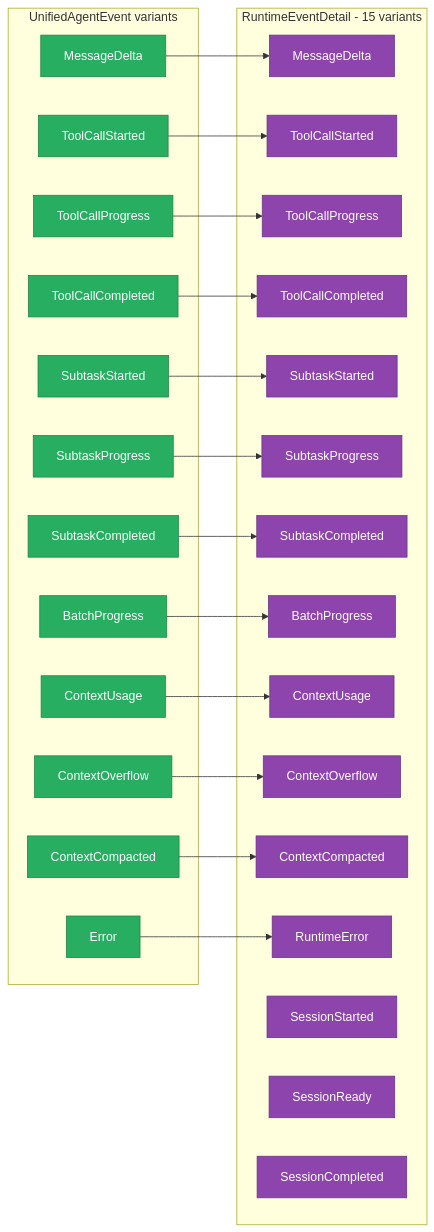
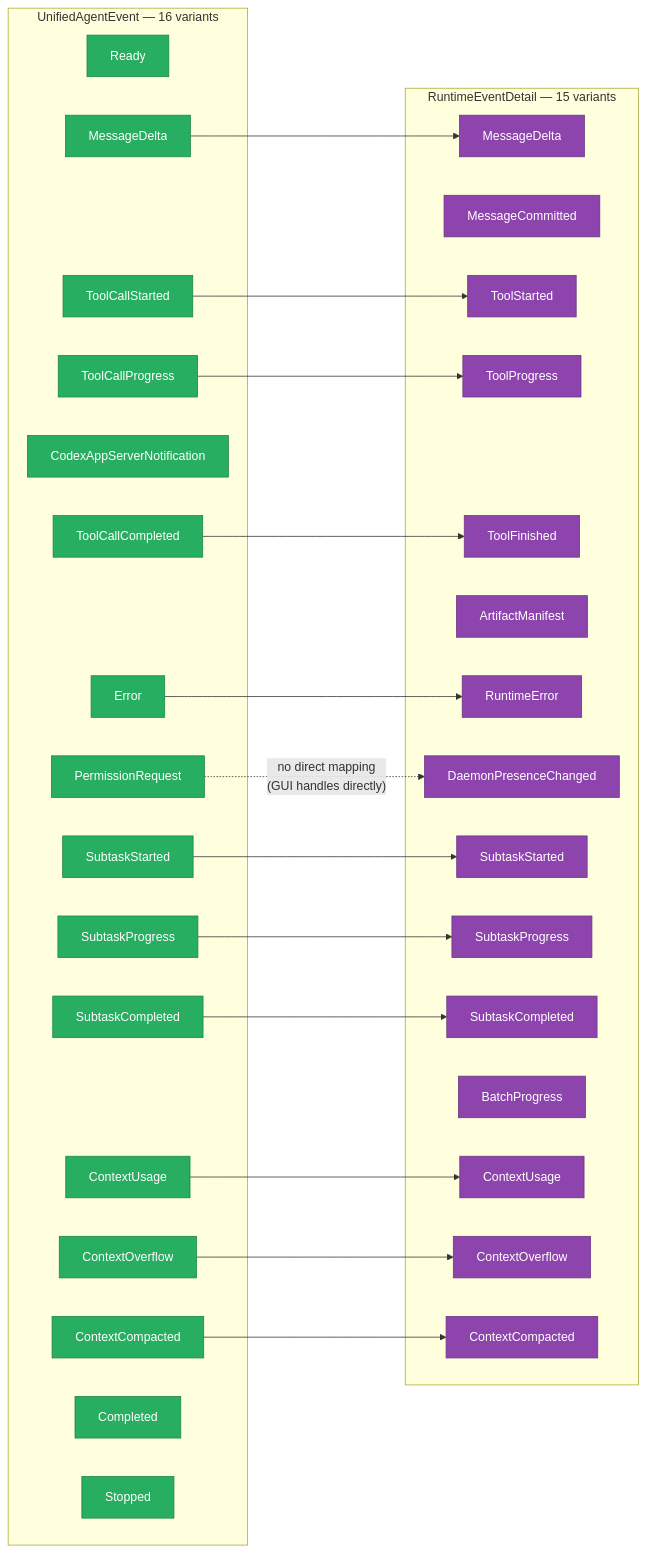
One commit to yanzhi0922/remote-code-rust changed the diagram in docs/event-mapping.mmd. Above: the diagram before and after it, drawn with Mermaid. The commit also changed 5 other files, not shown here.

Commit message:
docs: refresh remote architecture plans

````diff
--- a/docs/event-mapping.mmd
+++ b/docs/event-mapping.mmd
@@ -1,54 +1,59 @@
 ```mermaid
 graph LR
-    subgraph Unified["UnifiedAgentEvent variants"]
+    subgraph Unified["UnifiedAgentEvent — 16 variants"]
+        U0[Ready]
         U1[MessageDelta]
         U2[ToolCallStarted]
         U3[ToolCallProgress]
+        U3b[CodexAppServerNotification]
         U4[ToolCallCompleted]
-        U5[SubtaskStarted]
-        U6[SubtaskProgress]
-        U7[SubtaskCompleted]
-        U8[BatchProgress]
+        U5[PermissionRequest]
+        U6[SubtaskStarted]
+        U7[SubtaskProgress]
+        U8[SubtaskCompleted]
         U9[ContextUsage]
         U10[ContextOverflow]
         U11[ContextCompacted]
         U12[Error]
+        U13[Completed]
+        U14[Stopped]
     end
 
-    subgraph Runtime["RuntimeEventDetail - 15 variants"]
+    subgraph Runtime["RuntimeEventDetail — 15 variants"]
         R1[MessageDelta]
-        R2[ToolCallStarted]
-        R3[ToolCallProgress]
-        R4[ToolCallCompleted]
-        R5[SubtaskStarted]
-        R6[SubtaskProgress]
-        R7[SubtaskCompleted]
-        R8[BatchProgress]
-        R9[ContextUsage]
-        R10[ContextOverflow]
-        R11[ContextCompacted]
-        R12[RuntimeError]
-        R13[SessionStarted]
-        R14[SessionReady]
-        R15[SessionCompleted]
+        R1b[MessageCommitted]
+        R2[ToolStarted]
+        R3[ToolProgress]
+        R4[ToolFinished]
+        R5[ArtifactManifest]
+        R6[RuntimeError]
+        R7[DaemonPresenceChanged]
+        R8[SubtaskStarted]
+        R9[SubtaskProgress]
+        R10[SubtaskCompleted]
+        R11[BatchProgress]
+        R12[ContextUsage]
+        R13[ContextOverflow]
+        R14[ContextCompacted]
     end
-    
+
     U1 --> R1
     U2 --> R2
     U3 --> R3
     U4 --> R4
-    U5 --> R5
-    U6 --> R6
-    U7 --> R7
-    U8 --> R8
-    U9 --> R9
-    U10 --> R10
-    U11 --> R11
-    U12 --> R12
-    
+    U5 -.->|"no direct mapping\n(GUI handles directly)"| R7
+    U6 --> R8
+    U7 --> R9
+    U8 --> R10
+    U9 --> R12
+    U10 --> R13
+    U11 --> R14
+    U12 --> R6
+
     classDef unified fill:#27ae60,stroke:#1e8449,color:#fff
     classDef runtime fill:#8e44ad,stroke:#6c3483,color:#fff
-    
-    class U1,U2,U3,U4,U5,U6,U7,U8,U9,U10,U11,U12 unified
-    class R1,R2,R3,R4,R5,R6,R7,R8,R9,R10,R11,R12,R13,R14,R15 runtime
+    classDef nomap fill:#95a5a6,stroke:#7f8c8d,color:#fff
+
+    class U0,U1,U2,U3,U3b,U4,U5,U6,U7,U8,U9,U10,U11,U12,U13,U14 unified
+    class R1,R1b,R2,R3,R4,R5,R6,R7,R8,R9,R10,R11,R12,R13,R14 runtime
 ```
````
